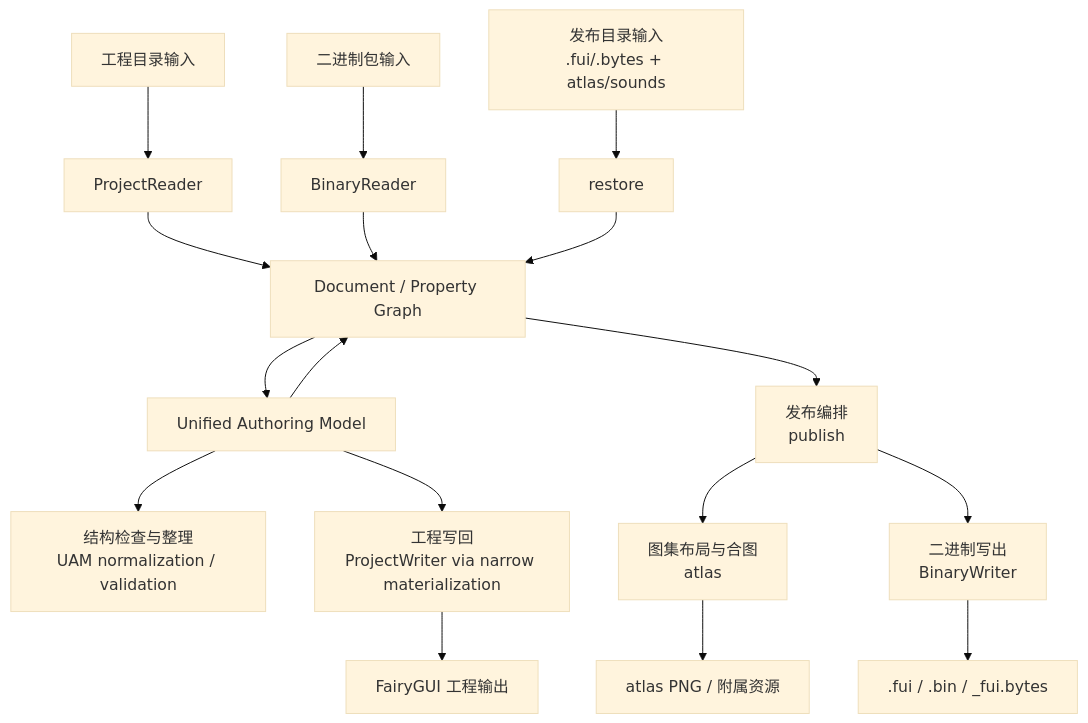
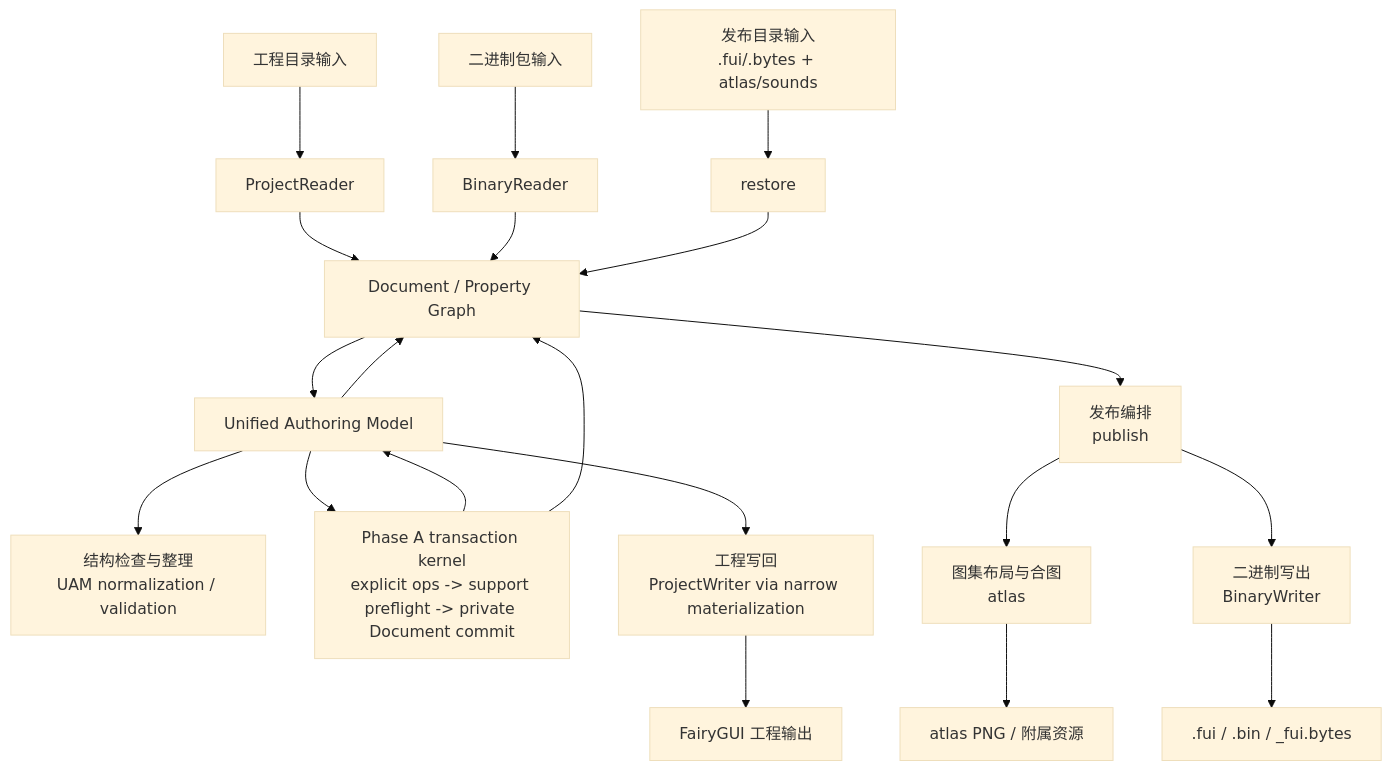
One commit to OpenFairyGUI/OpenFairyGUI changed the second of 2 diagrams in docs/architecture-overview.md. Above: the diagram before and after it, drawn with Mermaid (base theme). The commit also changed other lines of this file and 4 other files, not shown here.

````diff
--- a/docs/architecture-overview.md
+++ b/docs/architecture-overview.md
@@ -199,19 +203,22 @@
 ```mermaid
 flowchart TD
     A["工程目录输入"] --> B["ProjectReader"]
     X["二进制包输入"] --> Y["BinaryReader"]
     R["发布目录输入<br/>.fui/.bytes + atlas/sounds"] --> S["restore"]
     B --> C["Document / Property Graph"]
     Y --> C
     S --> C
     C --> U["Unified Authoring Model"]
     U --> D["结构检查与整理<br/>UAM normalization / validation"]
+    U --> T["Phase A transaction kernel<br/>explicit ops -> support preflight -> private Document commit"]
+    T --> U
+    T --> C
     U --> F["工程写回<br/>ProjectWriter via narrow materialization"]
     U --> C
     C --> E["发布编排<br/>publish"]
     E --> G["图集布局与合图<br/>atlas"]
     E --> H["二进制写出<br/>BinaryWriter"]
     F --> I["FairyGUI 工程输出"]
     G --> J["atlas PNG / 附属资源"]
     H --> K[".fui / .bin / _fui.bytes"]
 ```
````
